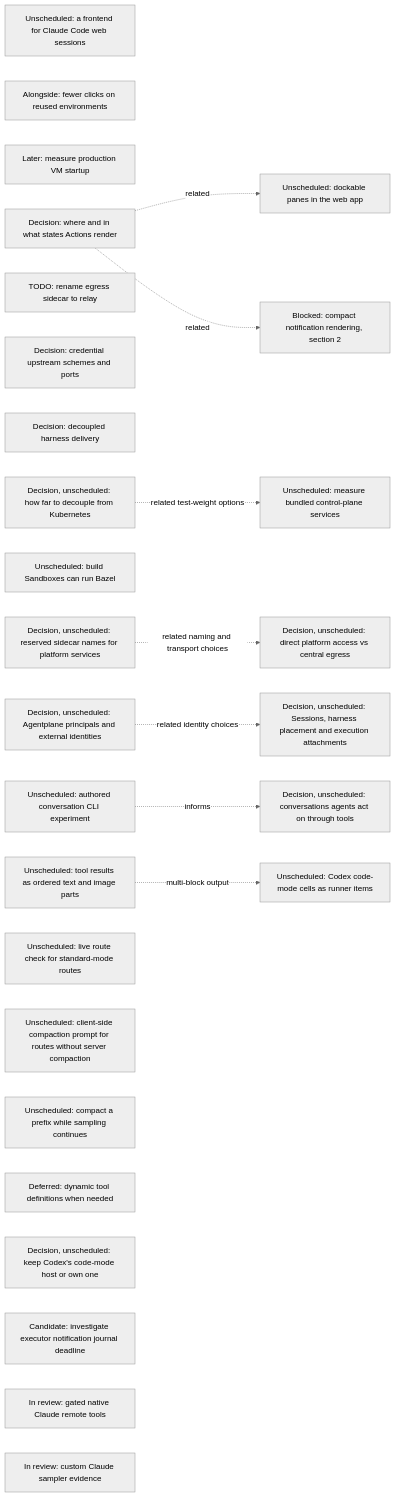
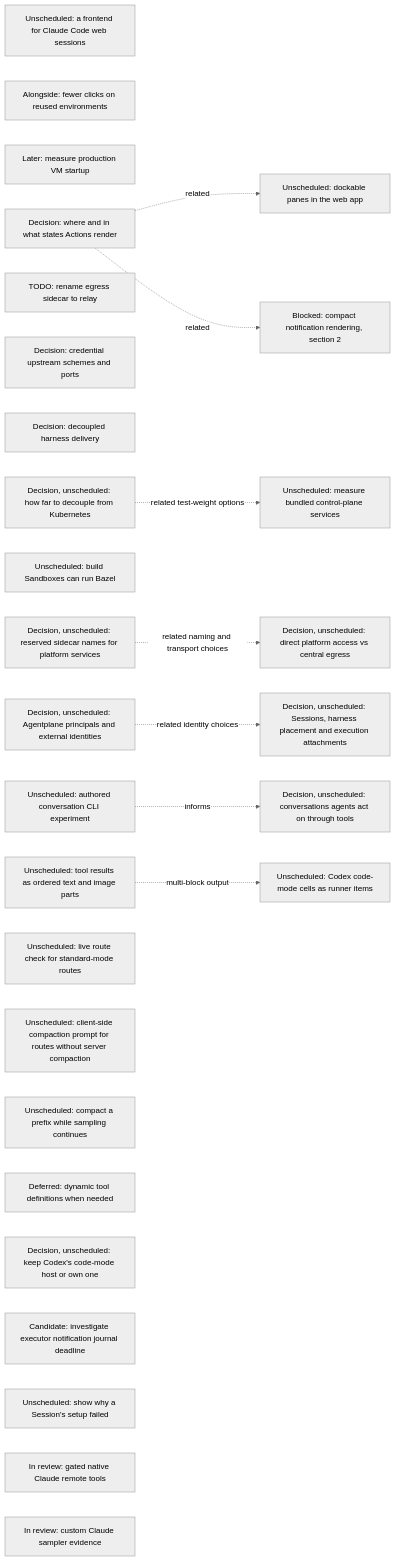
One commit to agentydragon/ducktape changed the eighth of 20 diagrams in agentplane/plans/task_dag.md. Above: the diagram before and after it, drawn with Mermaid (neutral theme). The commit also changed other lines of this file and 2 other files, not shown here.

First line of the commit message:
Record the accepted Session status and a setup-failure to-do in the DAG

````diff
--- a/agentplane/plans/task_dag.md
+++ b/agentplane/plans/task_dag.md
@@ -1123,37 +1123,38 @@
 ```mermaid
 flowchart LR
     CLAUDE_CODE_WEB_BRIDGE[Unscheduled: a frontend for Claude Code web sessions]
     SESSION_LAUNCH_FRICTION[Alongside: fewer clicks on reused environments]
     VM_STARTUP_LATENCY[Later: measure production VM startup]
     ACTION_SURFACES_DESIGN[Decision: where and in what states Actions render]
     EGRESS_RELAY_RENAME[TODO: rename egress sidecar to relay]
     EGRESS_CREDENTIAL_TRANSPORT_DESIGN[Decision: credential upstream schemes and ports]
     RUNNER_HARNESS_DELIVERY_DESIGN[Decision: decoupled harness delivery]
     K3S_BUNDLED_SERVICES_SPIKE[Unscheduled: measure bundled control-plane services]
     KUBERNETES_DECOUPLING_DESIGN[Decision, unscheduled: how far to decouple from Kubernetes]
     KUBERNETES_DECOUPLING_DESIGN -. related test-weight options .-> K3S_BUNDLED_SERVICES_SPIKE
     DOCKABLE_PANES[Unscheduled: dockable panes in the web app]
     ACTION_SURFACES_DESIGN -. related .-> DOCKABLE_PANES
     NOTIFICATION_PRESENTATION[Blocked: compact notification rendering, section 2]
     ACTION_SURFACES_DESIGN -. related .-> NOTIFICATION_PRESENTATION
     BUILD_BOX_BAZEL[Unscheduled: build Sandboxes can run Bazel]
     PLATFORM_SERVICE_NAMES_DESIGN[Decision, unscheduled: reserved sidecar names for platform services]
     PLATFORM_SERVICE_ROUTING_DESIGN[Decision, unscheduled: direct platform access vs central egress]
     PLATFORM_SERVICE_NAMES_DESIGN -. related naming and transport choices .-> PLATFORM_SERVICE_ROUTING_DESIGN
     SESSION_RUNTIME_MODEL_DESIGN[Decision, unscheduled: Sessions, harness placement and execution attachments]
     AGENT_PRINCIPAL_MODEL_DESIGN[Decision, unscheduled: Agentplane principals and external identities]
     AGENT_PRINCIPAL_MODEL_DESIGN -. related identity choices .-> SESSION_RUNTIME_MODEL_DESIGN
     AGENT_AUTHORED_CONVERSATIONS_DESIGN[Decision, unscheduled: conversations agents act on through tools]
     AGENT_AUTHORED_CONVERSATIONS_EXPERIMENT[Unscheduled: authored conversation CLI experiment]
     AGENT_AUTHORED_CONVERSATIONS_EXPERIMENT -. informs .-> AGENT_AUTHORED_CONVERSATIONS_DESIGN
     STRUCTURED_TOOL_OUTPUT[Unscheduled: tool results as ordered text and image parts]
     STRUCTURED_TOOL_OUTPUT -. multi-block output .-> CODEX_CODE_MODE_CELLS[Unscheduled: Codex code-mode cells as runner items]
     CENTRAL_SAMPLER_MODEL_CAPABILITIES[Unscheduled: live route check for standard-mode routes]
     CENTRAL_SAMPLER_PROMPT_COMPACTION[Unscheduled: client-side compaction prompt for routes without server compaction]
     CENTRAL_SAMPLER_BACKGROUND_COMPACTION[Unscheduled: compact a prefix while sampling continues]
     CENTRAL_SAMPLER_DYNAMIC_TOOLS[Deferred: dynamic tool definitions when needed]
     CODE_MODE_HOST_DESIGN[Decision, unscheduled: keep Codex's code-mode host or own one]
     SAMPLER_NOTIFICATION_JOURNAL[Candidate: investigate executor notification journal deadline]
+    SESSION_SETUP_FAILURE_CAUSE[Unscheduled: show why a Session's setup failed]
     CLAUDE_REMOTE_EXECUTION_SPIKE[In review: gated native Claude remote tools]
     CLAUDE_CUSTOM_SAMPLER[In review: custom Claude sampler evidence]
 ```
````
